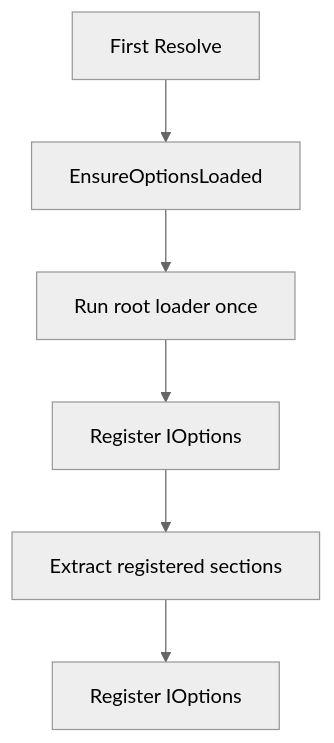
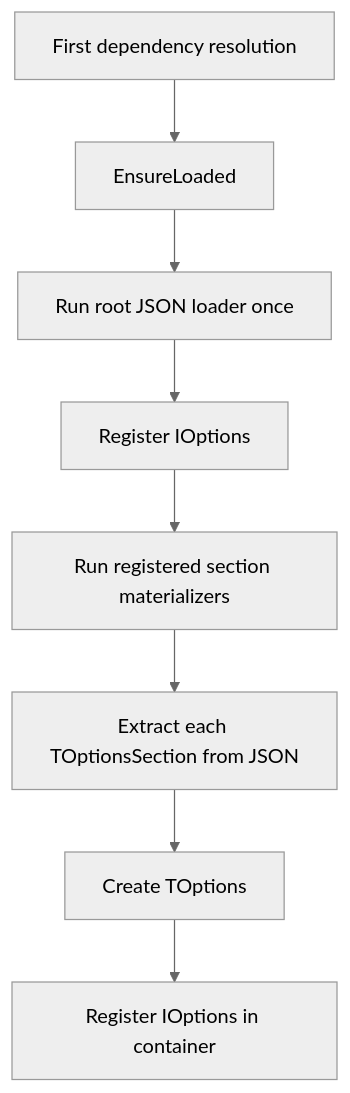
Before and after one commit to SemAhr/Delphi-Backend-Framework: the diagram in Docs/03-options-and-configuration.md, drawn with Mermaid (neutral theme). The commit also changed other lines of this file and 14 other files, not shown here.

Commit message:
Add typed options sections and injection support

````diff
--- a/Docs/03-options-and-configuration.md
+++ b/Docs/03-options-and-configuration.md
@@ -123,8 +227,10 @@
 ```mermaid
 flowchart TD
-    A[First Resolve] --> B[EnsureOptionsLoaded]
-    B --> C[Run root loader once]
-    C --> D[Register IOptions<TAppOptions>]
-    D --> E[Extract registered sections]
-    E --> F[Register IOptions<TSection>]
+    A[First dependency resolution] --> B[EnsureLoaded]
+    B --> C[Run root JSON loader once]
+    C --> D[Register IOptions<TJSONObject>]
+    D --> E[Run registered section materializers]
+    E --> F[Extract each TOptionsSection from JSON]
+    F --> G[Create TOptions<TSection>]
+    G --> H[Register IOptions<TSection> in container]
 ```
````
